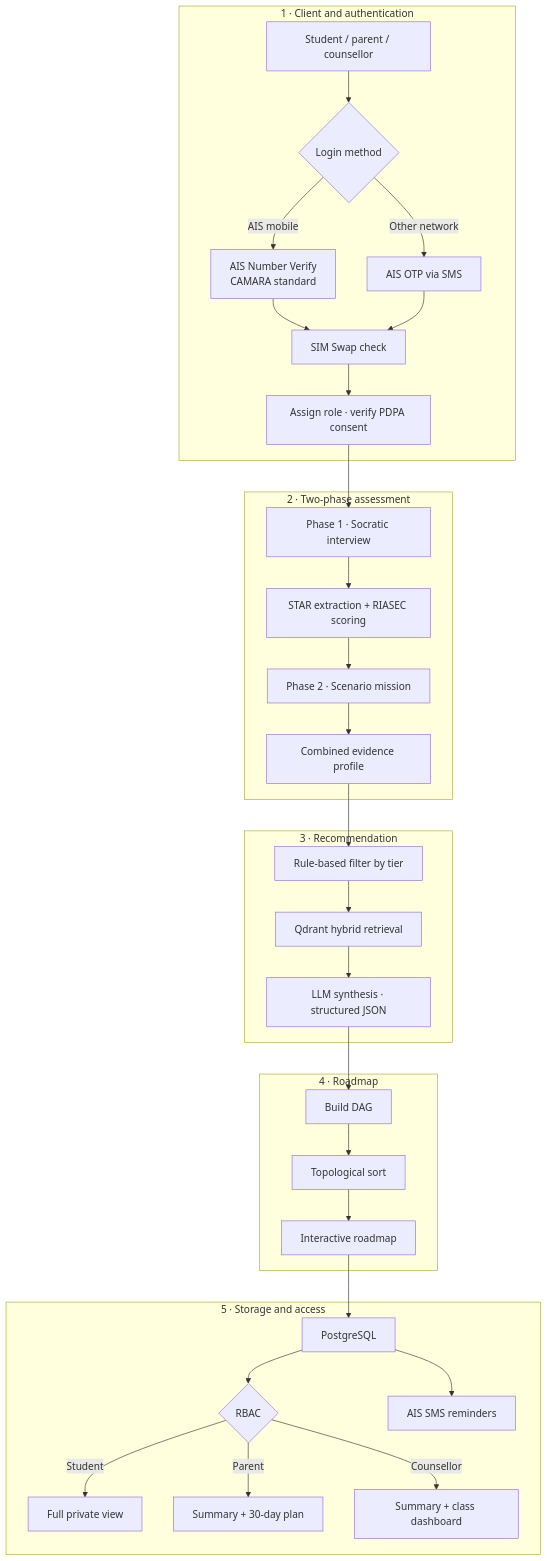
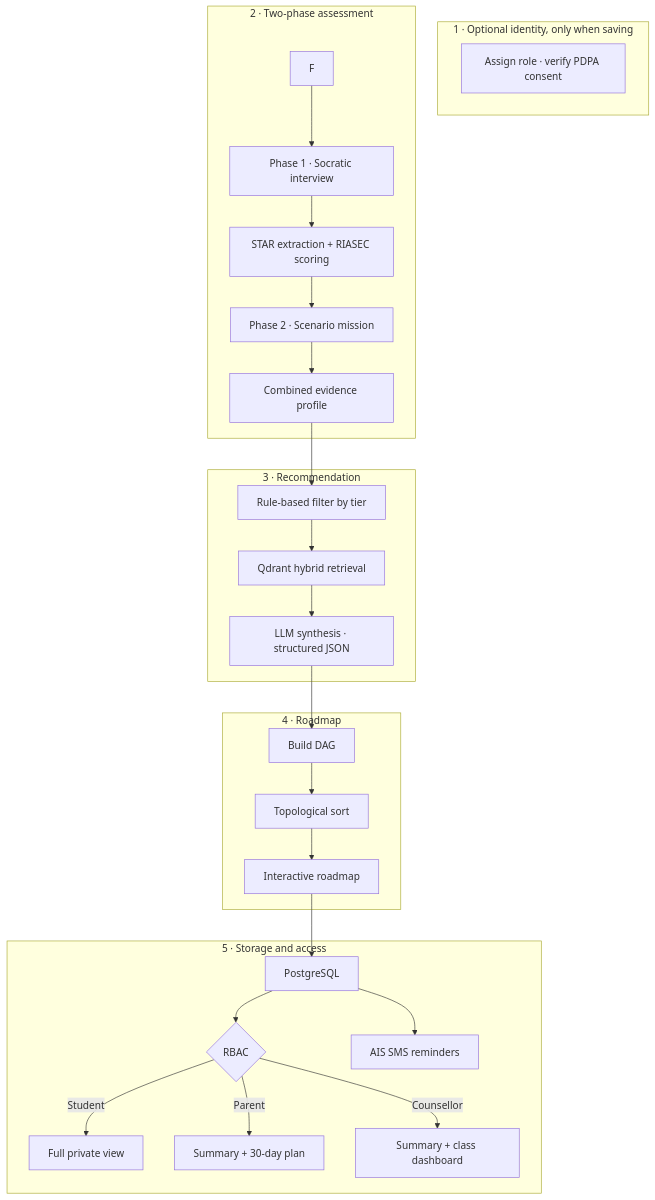
The third of 6 diagrams in docs/05-system-architecture.md (winxtxrgit/futureme-ai), drawn with Mermaid before and after one commit. The commit also changed other lines of this file and 26 other files, not shown here.

````diff
--- a/docs/05-system-architecture.md
+++ b/docs/05-system-architecture.md
@@ -9,39 +75,34 @@
 ```mermaid
 flowchart TD
-    subgraph L1 ["1 · Client and authentication"]
-        A["Student / parent / counsellor"] --> B{"Login method"}
-        B -->|AIS mobile| C["AIS Number Verify<br/>CAMARA standard"]
-        B -->|Other network| D["AIS OTP via SMS"]
-        C --> E["SIM Swap check"]
-        D --> E
-        E --> F["Assign role · verify PDPA consent"]
+    subgraph L1 ["1 · Optional identity, only when saving"]
+        E["Assign role · verify PDPA consent"]
     end
 
     subgraph L2 ["2 · Two-phase assessment"]
         F --> G["Phase 1 · Socratic interview"]
         G --> H["STAR extraction + RIASEC scoring"]
         H --> I["Phase 2 · Scenario mission"]
         I --> J["Combined evidence profile"]
     end
 
     subgraph L3 ["3 · Recommendation"]
         J --> K["Rule-based filter by tier"]
         K --> L["Qdrant hybrid retrieval"]
         L --> M["LLM synthesis · structured JSON"]
     end
 
     subgraph L4 ["4 · Roadmap"]
         M --> N["Build DAG"]
         N --> O["Topological sort"]
         O --> P["Interactive roadmap"]
     end
 
     subgraph L5 ["5 · Storage and access"]
         P --> Q["PostgreSQL"]
         Q --> R{"RBAC"}
         R -->|Student| S["Full private view"]
         R -->|Parent| T["Summary + 30-day plan"]
         R -->|Counsellor| U["Summary + class dashboard"]
         Q --> V["AIS SMS reminders"]
     end
 ```
````
